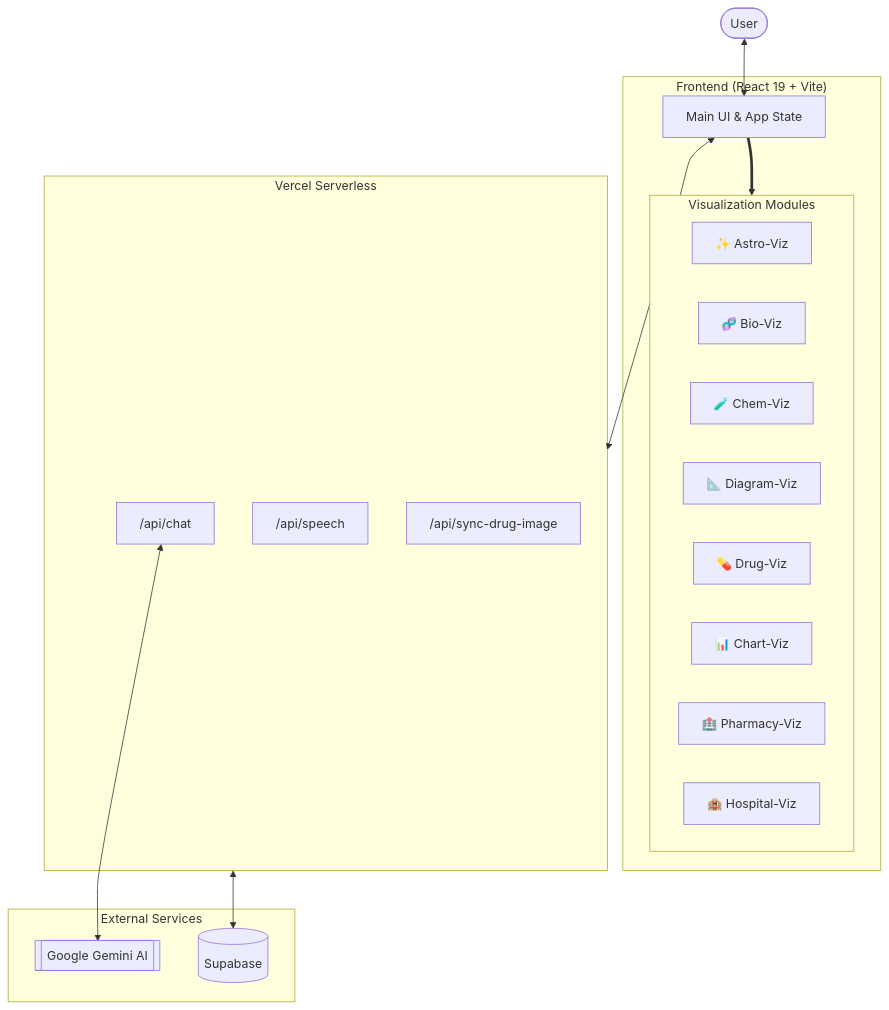
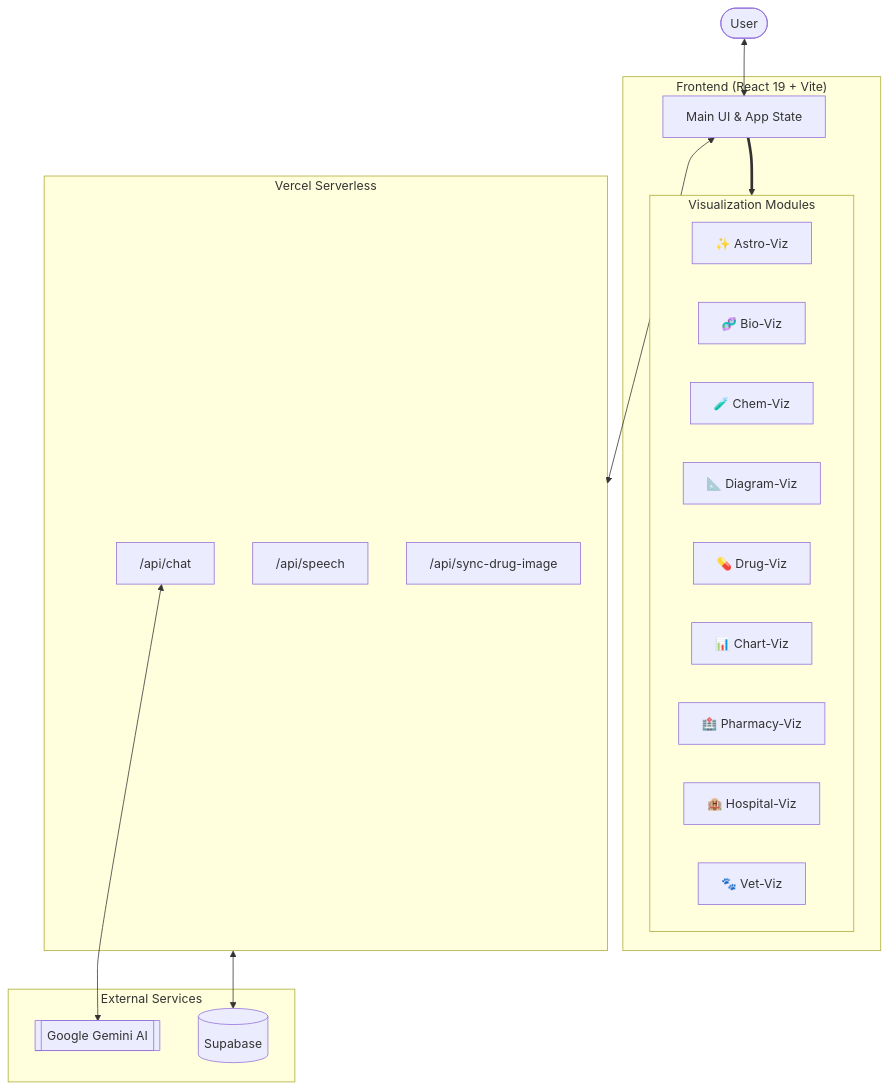
The first of 2 diagrams in README.md (jpjp92/chat-agent), drawn with Mermaid before and after one commit. The commit also changed other lines of this file and 12 other files, not shown here.

First line of the commit message:
feat: Implement VetTool and VetRenderer for nationwide veterinary hospital search

````diff
--- a/README.md
+++ b/README.md
@@ -61,28 +62,28 @@
 ```mermaid
 flowchart TB
     User([User])
 
     subgraph Frontend ["Frontend (React 19 + Vite)"]
         UI[Main UI & App State]
         subgraph Visualizers ["Visualization Modules"]
             Astro["✨ Astro-Viz"] & Bio["🧬 Bio-Viz"] & Chem["🧪 Chem-Viz"]
             Diagram["📐 Diagram-Viz"] & Drug["💊 Drug-Viz"] & Charts["📊 Chart-Viz"]
-            Pharmacy["🏥 Pharmacy-Viz"] & Hospital["🏨 Hospital-Viz"]
+            Pharmacy["🏥 Pharmacy-Viz"] & Hospital["🏨 Hospital-Viz"] & Vet["🐾 Vet-Viz"]
         end
     end
 
     subgraph Backend ["Vercel Serverless"]
         ChatPipe["/api/chat"] & TTS["/api/speech"] & Sync["/api/sync-drug-image"]
     end
 
     subgraph Providers ["External Services"]
         Gemini[["Google Gemini AI"]]
         Supabase[("Supabase")]
     end
 
     User <--> UI
     UI ==> Visualizers
     UI <--> Backend
     ChatPipe <--> Gemini
     Backend <--> Supabase
 ```
````
